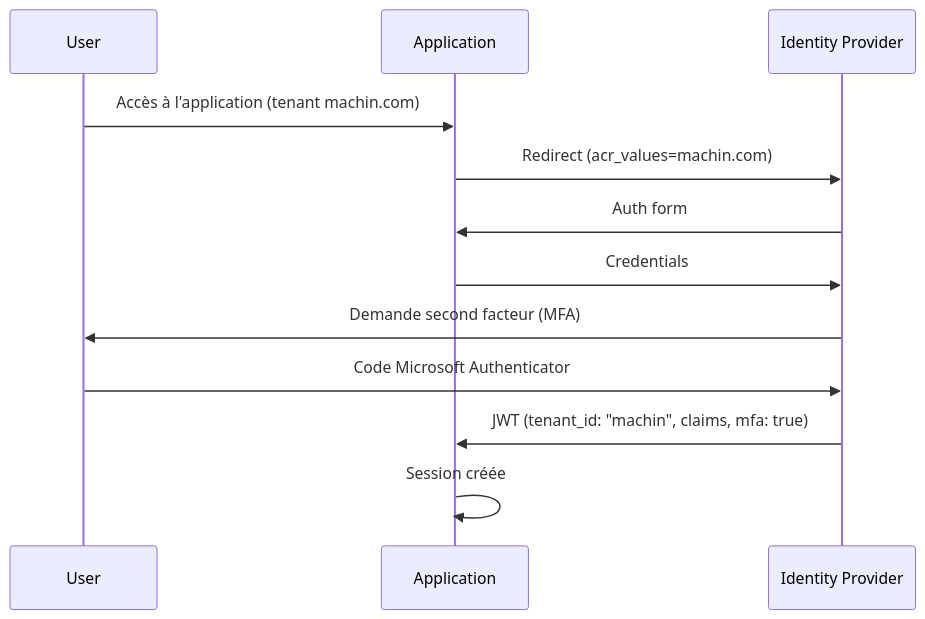
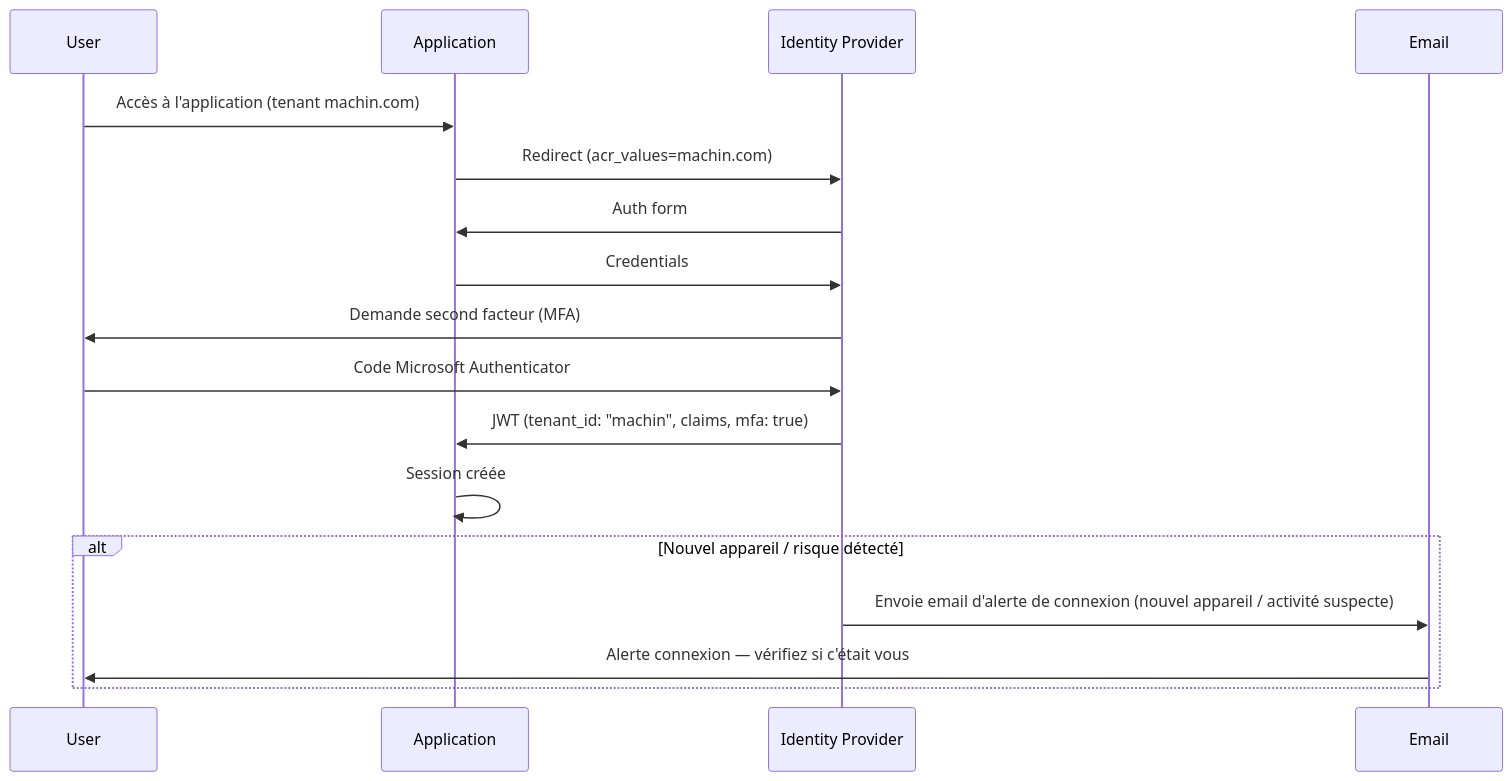
The fifth of 12 diagrams in docs/identity-flows-mermaid-mfa.md (FantasticJoho/johodp), drawn with Mermaid before and after one commit. The commit also changed other lines of this file and 1 other file, not shown here.

Commit message:
feat: Add email confirmation steps for account activation and password reset flows in identity diagrams

````diff
--- a/docs/identity-flows-mermaid-mfa.md
+++ b/docs/identity-flows-mermaid-mfa.md
@@ -103,15 +111,19 @@
 ```mermaid
 sequenceDiagram
     participant User
     participant App as Application
     participant IdP as Identity Provider
 
     User->>App: Accès à l'application (tenant machin.com)
     App->>IdP: Redirect (acr_values=machin.com)
     IdP->>App: Auth form
     App->>IdP: Credentials
     IdP->>User: Demande second facteur (MFA)
     User->>IdP: Code Microsoft Authenticator
     IdP->>App: JWT (tenant_id: "machin", claims, mfa: true)
     App->>App: Session créée
+    alt Nouvel appareil / risque détecté
+        IdP->>Email: Envoie email d'alerte de connexion (nouvel appareil / activité suspecte)
+        Email->>User: Alerte connexion — vérifiez si c'était vous
+    end
 ```
````
